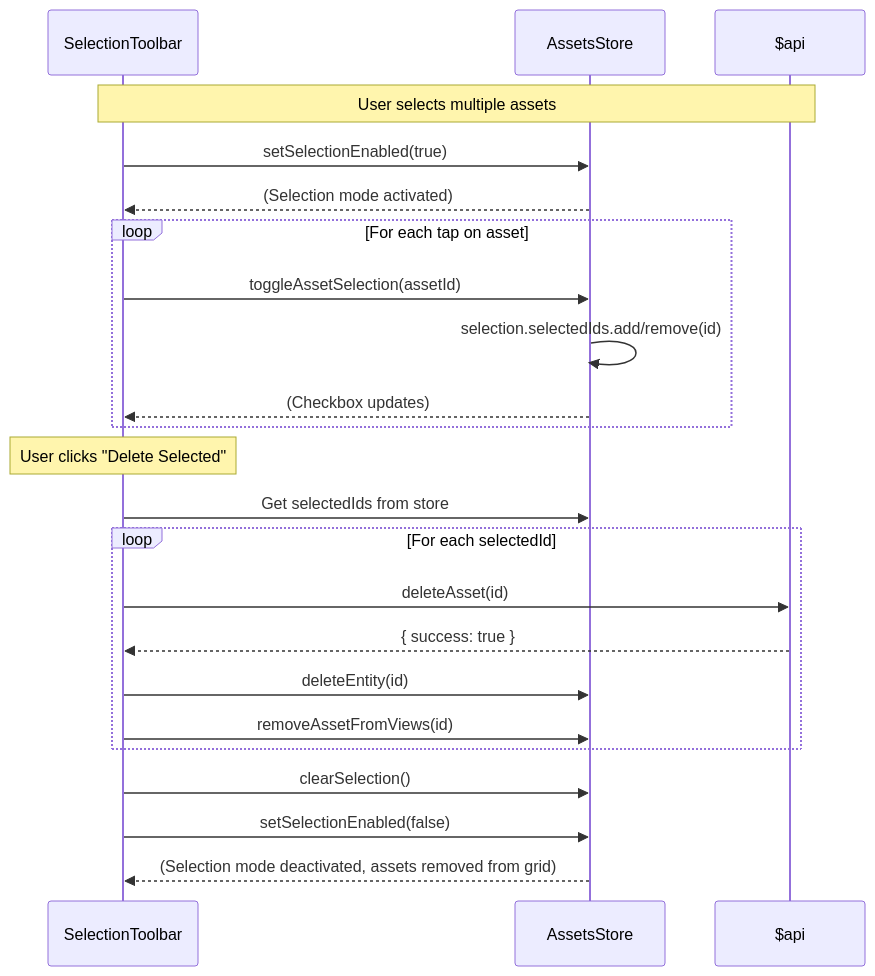
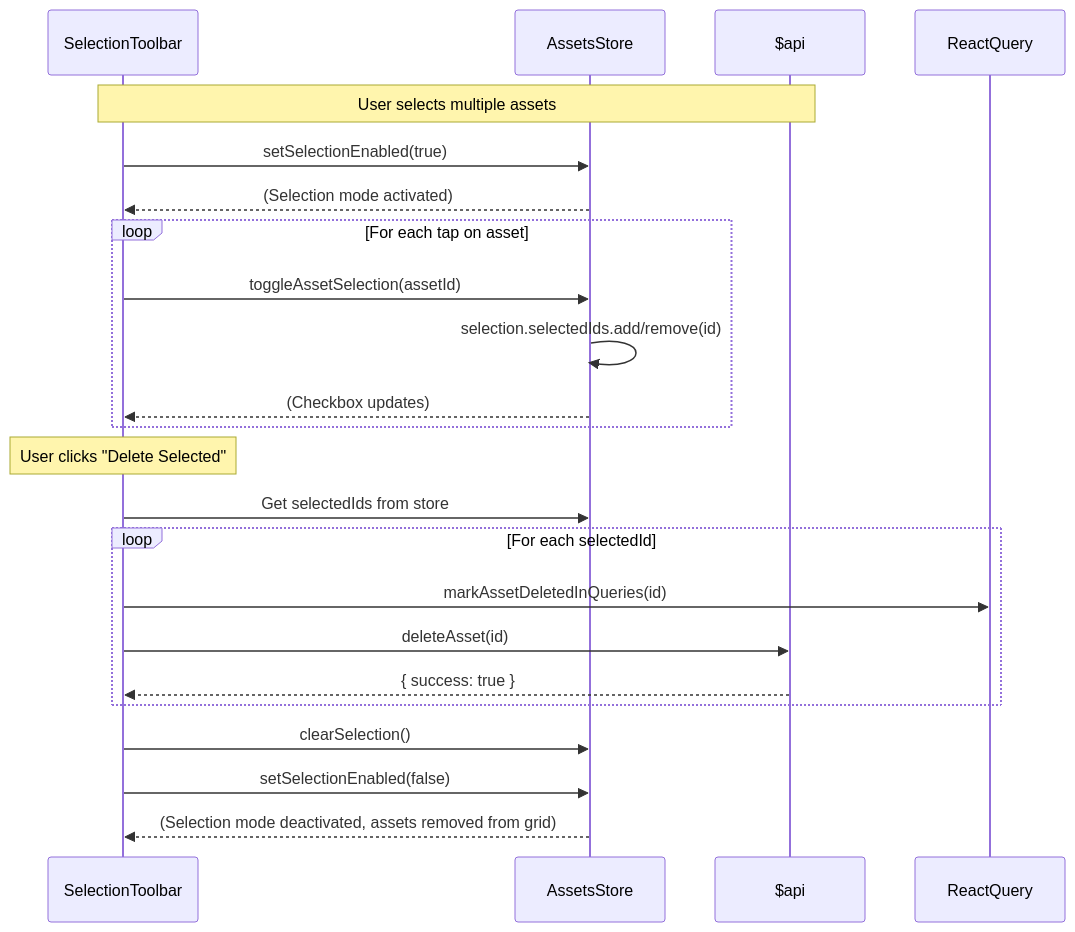
Before and after one commit to EdwinZhanCN/Lumilio-Photos: the fifth of 5 diagrams in web/src/features/assets/diagram/async-data-flow.md, drawn with Mermaid. The commit also changed other lines of this file and 30 other files, not shown here.

````diff
--- a/web/src/features/assets/diagram/async-data-flow.md
+++ b/web/src/features/assets/diagram/async-data-flow.md
@@ -164,32 +135,32 @@
 ```mermaid
 sequenceDiagram
     participant UI as SelectionToolbar
     participant Store as AssetsStore
     participant API as $api
+    participant QueryCache as ReactQuery
     
     Note over UI, API: User selects multiple assets
     
     UI->>Store: setSelectionEnabled(true)
     Store-->>UI: (Selection mode activated)
     
     loop For each tap on asset
         UI->>Store: toggleAssetSelection(assetId)
         Store->>Store: selection.selectedIds.add/remove(id)
         Store-->>UI: (Checkbox updates)
     end
     
     Note over UI: User clicks "Delete Selected"
     
     UI->>Store: Get selectedIds from store
     
     loop For each selectedId
+        UI->>QueryCache: markAssetDeletedInQueries(id)
         UI->>API: deleteAsset(id)
         API-->>UI: { success: true }
-        UI->>Store: deleteEntity(id)
-        UI->>Store: removeAssetFromViews(id)
     end
     
     UI->>Store: clearSelection()
     UI->>Store: setSelectionEnabled(false)
     Store-->>UI: (Selection mode deactivated, assets removed from grid)
 ```
````
